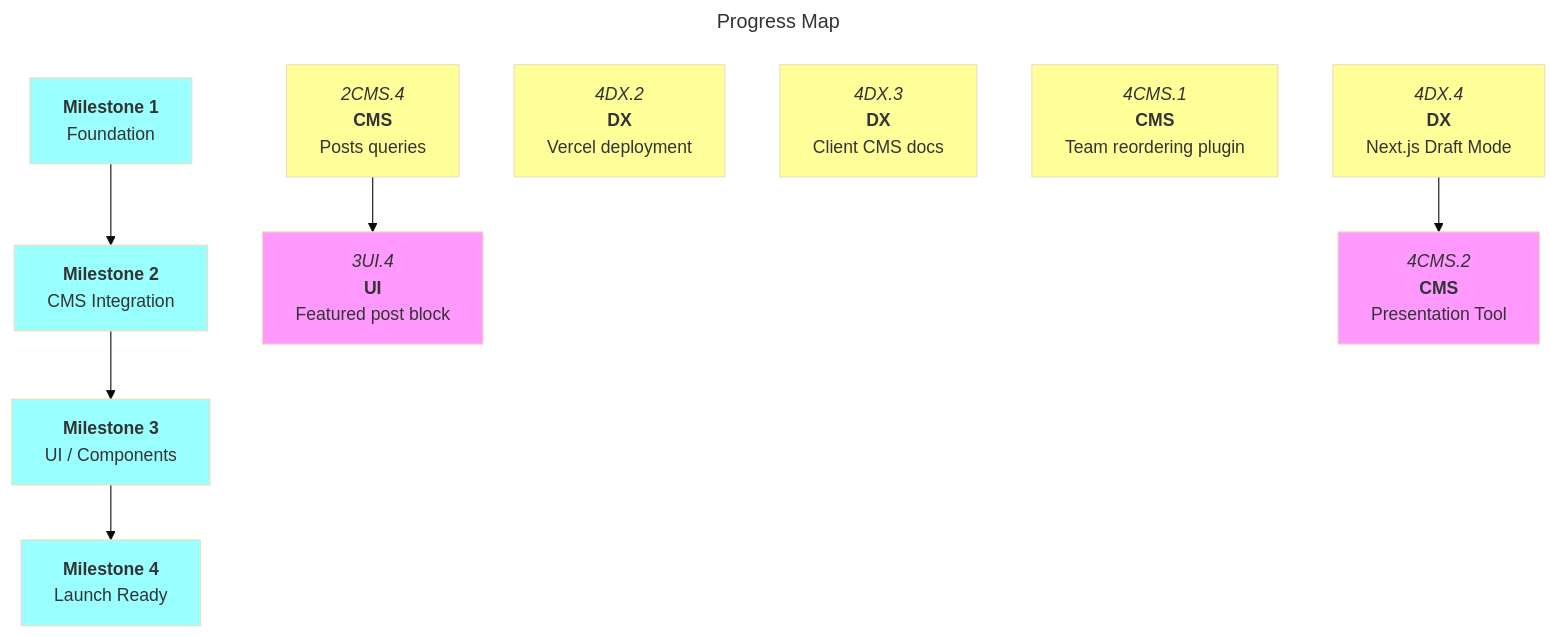
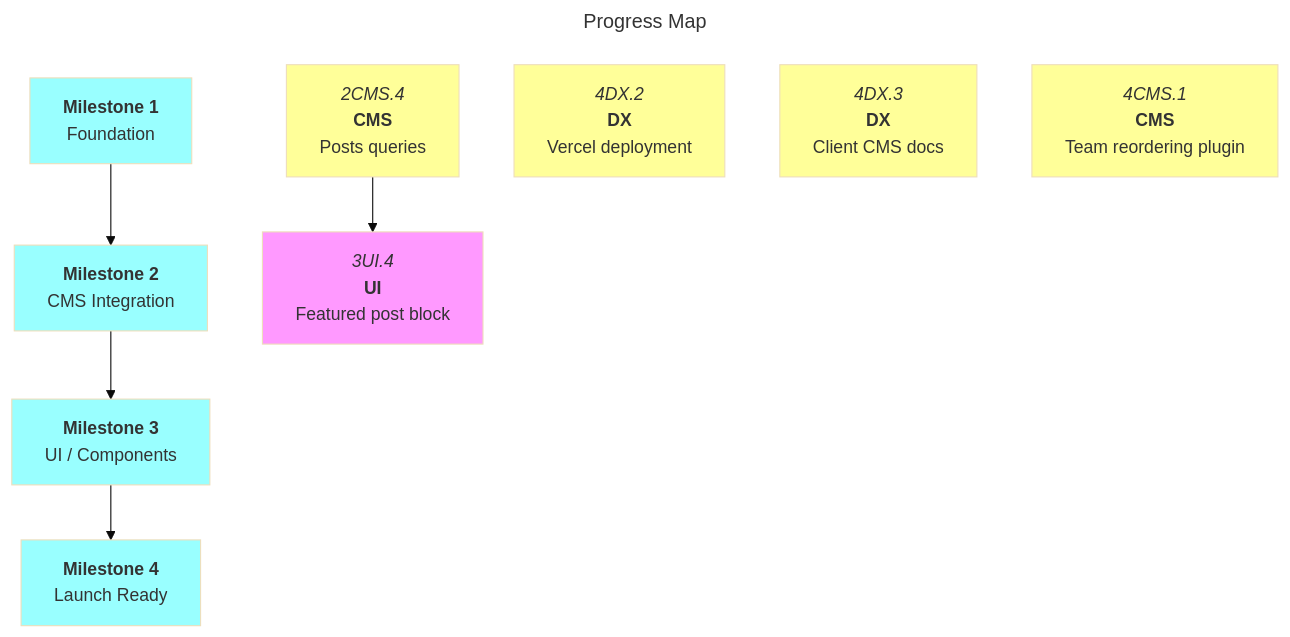
The diagram in docs/roadmaps/mvp.md (Oggie112/C58), drawn with Mermaid (base theme) before and after one commit. The commit also changed other lines of this file, not shown here.

Commit message:
docs(roadmap): mark Draft Mode and Presentation Tool tasks as complete

````diff
--- a/docs/roadmaps/mvp.md
+++ b/docs/roadmaps/mvp.md
@@ -141,31 +141,27 @@
 ```mermaid
 ---
 title: Progress Map
 ---
 graph TD
 
 m1["`**Milestone 1**<br/>Foundation`"]:::mile
 m2["`**Milestone 2**<br/>CMS Integration`"]:::mile
 m3["`**Milestone 3**<br/>UI / Components`"]:::mile
 m4["`**Milestone 4**<br/>Launch Ready`"]:::mile
 
 m1 --> m2 --> m3 --> m4
 
 2CMS.4["`*2CMS.4*<br/>**CMS**<br/>Posts queries`"]:::open
 
 3UI.4["`*3UI.4*<br/>**UI**<br/>Featured post block`"]
 
 4DX.2["`*4DX.2*<br/>**DX**<br/>Vercel deployment`"]:::open
 4DX.3["`*4DX.3*<br/>**DX**<br/>Client CMS docs`"]:::open
 4CMS.1["`*4CMS.1*<br/>**CMS**<br/>Team reordering plugin`"]:::open
-4DX.4["`*4DX.4*<br/>**DX**<br/>Next.js Draft Mode`"]:::open
-4CMS.2["`*4CMS.2*<br/>**CMS**<br/>Presentation Tool`"]
 
 2CMS.4 --> 3UI.4
-
-4DX.4 --> 4CMS.2
 
 classDef default fill:#f9f
 classDef open fill:#ff9
 classDef mile fill:#9ff
 ```
````
